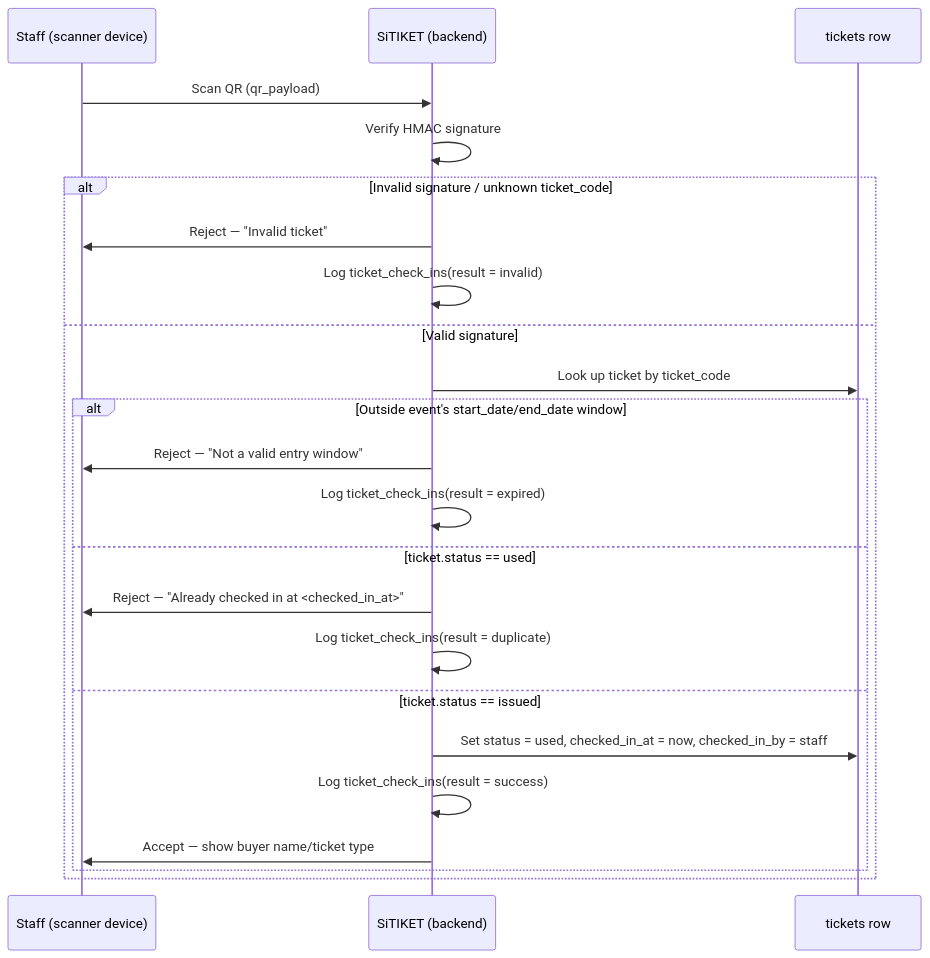
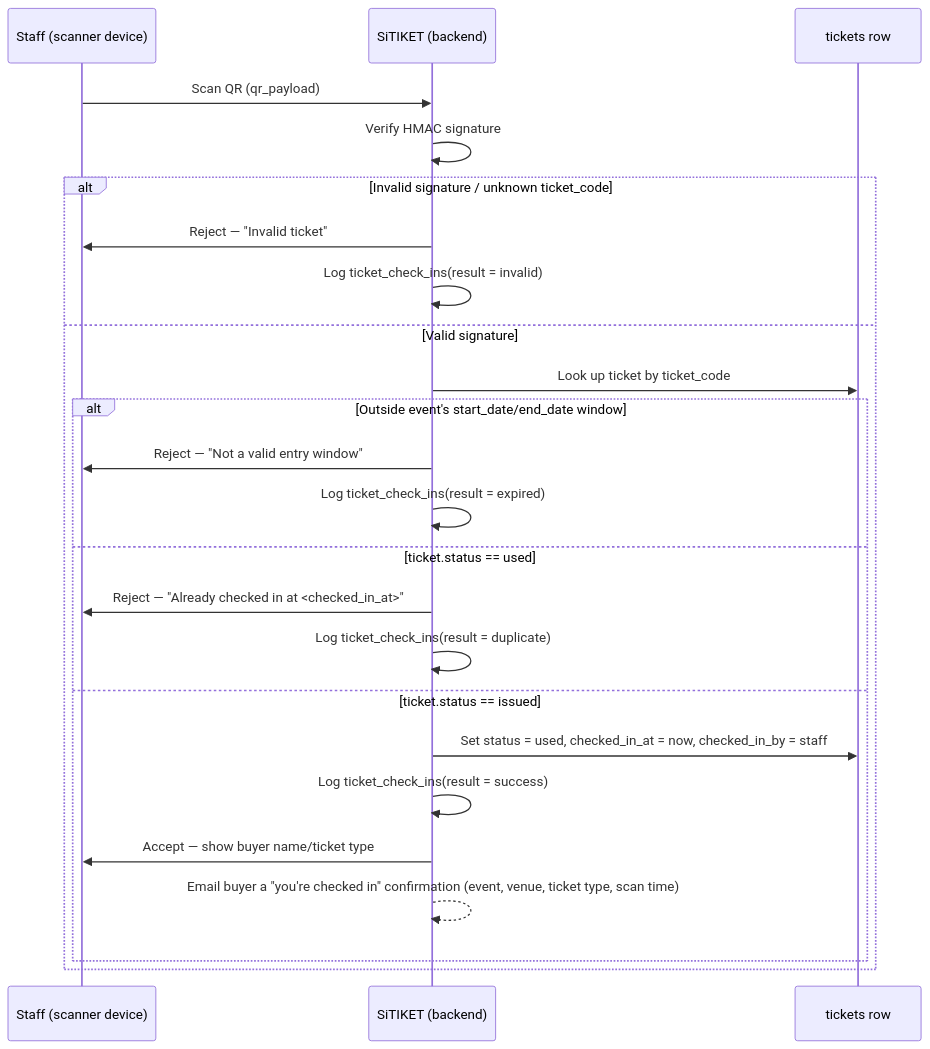
Before and after one commit to rendyrey/sitiket: the diagram in docs/business/CHECKIN_GATE_SYSTEM.md, drawn with Mermaid. The commit also changed other lines of this file and 32 other files, not shown here.

````diff
--- a/docs/business/CHECKIN_GATE_SYSTEM.md
+++ b/docs/business/CHECKIN_GATE_SYSTEM.md
@@ -25,26 +25,27 @@
 ```mermaid
 sequenceDiagram
     participant St as Staff (scanner device)
     participant S as SiTIKET (backend)
     participant T as tickets row
 
     St->>S: Scan QR (qr_payload)
     S->>S: Verify HMAC signature
     alt Invalid signature / unknown ticket_code
         S->>St: Reject — "Invalid ticket"
         S->>S: Log ticket_check_ins(result = invalid)
     else Valid signature
         S->>T: Look up ticket by ticket_code
         alt Outside event's start_date/end_date window
             S->>St: Reject — "Not a valid entry window"
             S->>S: Log ticket_check_ins(result = expired)
         else ticket.status == used
             S->>St: Reject — "Already checked in at <checked_in_at>"
             S->>S: Log ticket_check_ins(result = duplicate)
         else ticket.status == issued
             S->>T: Set status = used, checked_in_at = now, checked_in_by = staff
             S->>S: Log ticket_check_ins(result = success)
             S->>St: Accept — show buyer name/ticket type
+            S-->>S: Email buyer a "you're checked in" confirmation (event, venue, ticket type, scan time)
         end
     end
 ```
````
